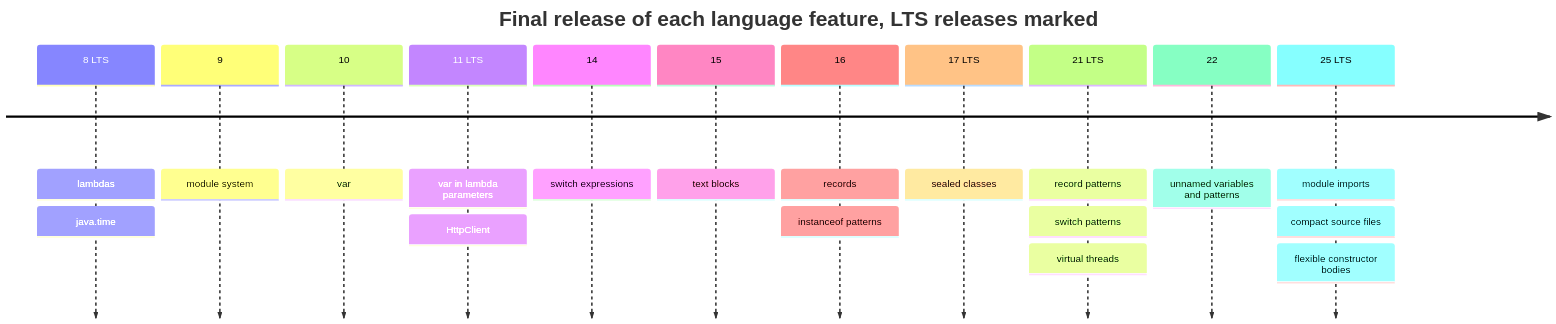
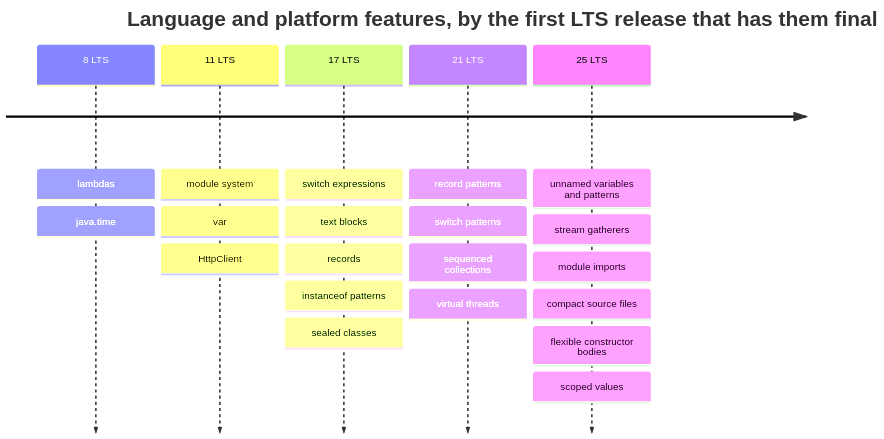
One commit to JQuintero2430/interview-preparation changed the diagram in java-backend-guide/modules/07-java-modern-language-features.md. Above: the diagram before and after it, drawn with Mermaid. The commit also changed other lines of this file and 6 other files, not shown here.

First line of the commit message:
guide: scope limited to features final in an LTS release

````diff
--- a/java-backend-guide/modules/07-java-modern-language-features.md
+++ b/java-backend-guide/modules/07-java-modern-language-features.md
@@ -38,15 +38,9 @@
 ```mermaid
 timeline
-    title Final release of each language feature, LTS releases marked
+    title Language and platform features, by the first LTS release that has them final
     8 LTS : lambdas : java.time
-    9 : module system
-    10 : var
-    11 LTS : var in lambda parameters : HttpClient
-    14 : switch expressions
-    15 : text blocks
-    16 : records : instanceof patterns
-    17 LTS : sealed classes
-    21 LTS : record patterns : switch patterns : virtual threads
-    22 : unnamed variables and patterns
-    25 LTS : module imports : compact source files : flexible constructor bodies
+    11 LTS : module system : var : HttpClient
+    17 LTS : switch expressions : text blocks : records : instanceof patterns : sealed classes
+    21 LTS : record patterns : switch patterns : sequenced collections : virtual threads
+    25 LTS : unnamed variables and patterns : stream gatherers : module imports : compact source files : flexible constructor bodies : scoped values
 ```
````
